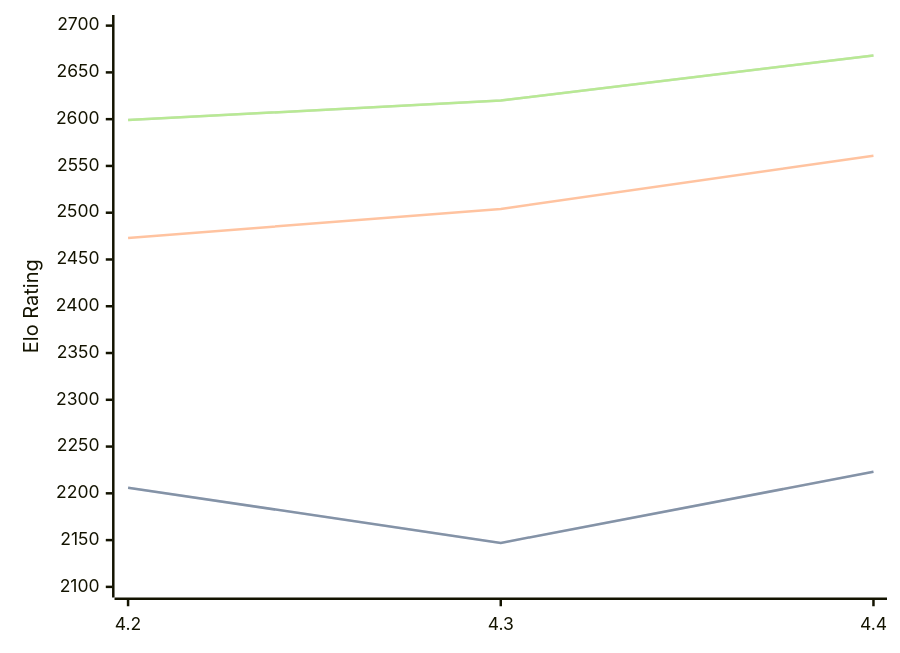
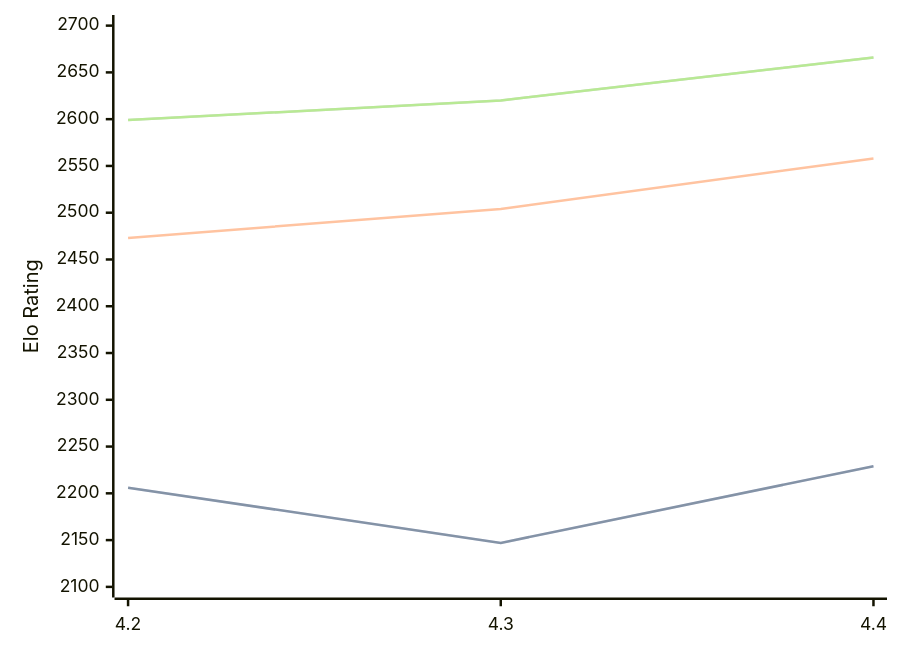
Before and after one commit to computer-chess-index/cci: the diagram in engines/Eubos.md, drawn with Mermaid. The commit also changed other lines of this file, not shown here.

Commit message:
Update CCI Ratings (ELO VLTC) - 2026-05-15

````diff
--- a/engines/Eubos.md
+++ b/engines/Eubos.md
@@ -89,11 +89,11 @@
 ```mermaid
 %%{init: {"theme":"base","themeVariables":{"seriesColors:['#a3a3a3','#222221','#faa371']}}}%%
 xychart-beta
   x-axis ["4.2", "4.3", "4.4"]
   y-axis "Elo Rating" 2100 --> 2700
-  line "STC (8.0+0.08s)" [2206, 2147, 2223]
-  line "STC (8.0+0.08s)" [2206, 2147, 2223]
-  line "LTC (60.0+0.60s)" [2473, 2504, 2561]
-  line "VLTC (2m24s+1.12s)" [2599, 2620, 2668]
-  line "VLTC (2m24s+1.12s)" [2599, 2620, 2668]
+  line "STC (8.0+0.08s)" [2206, 2147, 2229]
+  line "STC (8.0+0.08s)" [2206, 2147, 2229]
+  line "LTC (60.0+0.60s)" [2473, 2504, 2558]
+  line "VLTC (2m24s+1.12s)" [2599, 2620, 2666]
+  line "VLTC (2m24s+1.12s)" [2599, 2620, 2666]
 ```
````
